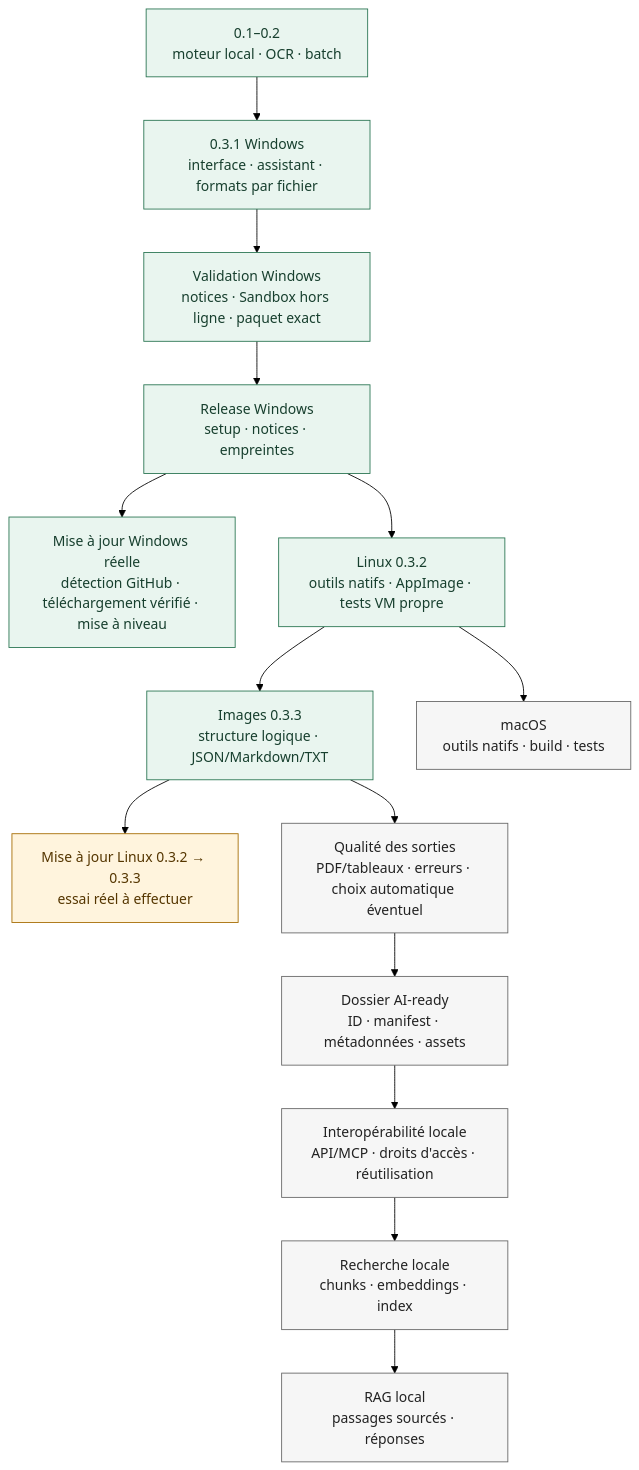
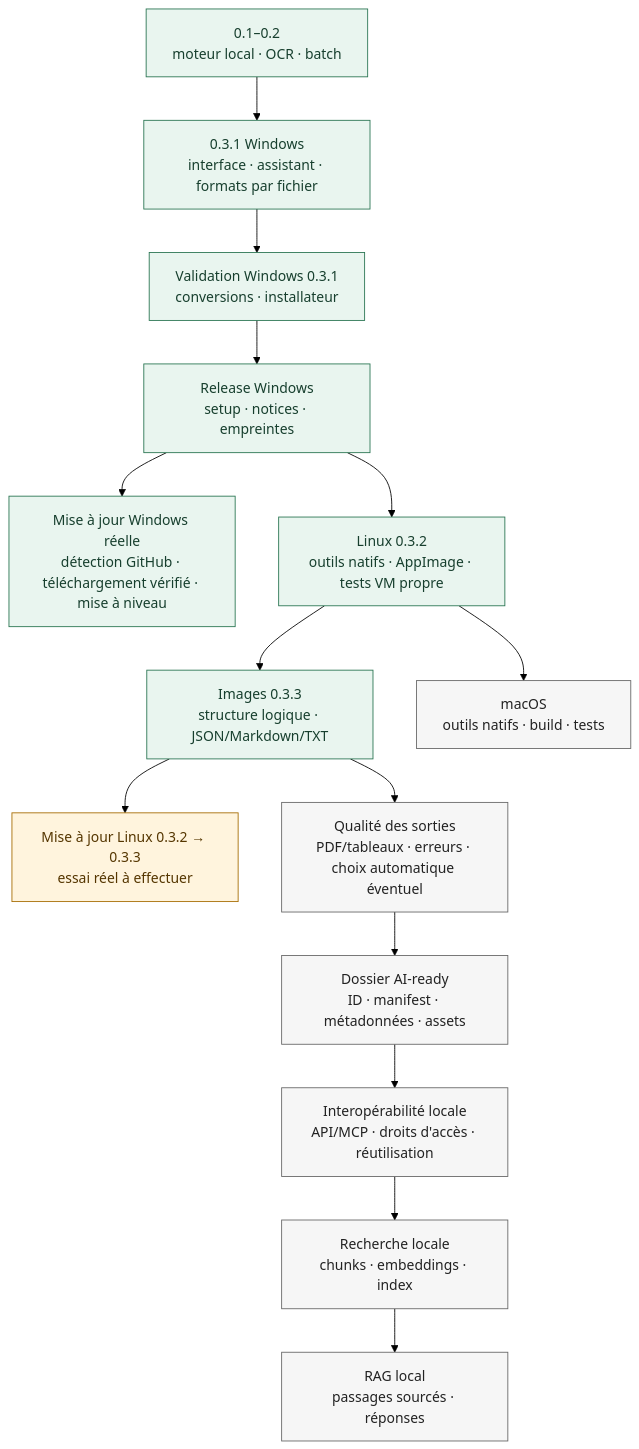
One commit to ergocogn/local-ai-ready-converter-releases changed the diagram in docs/ROADMAP.md. Above: the diagram before and after it, drawn with Mermaid (forest theme). The commit also changed other lines of this file and 8 other files, not shown here.

````diff
--- a/docs/ROADMAP.md
+++ b/docs/ROADMAP.md
@@ -7,22 +7,22 @@
 ```mermaid
 flowchart TB
   A["0.1–0.2<br/>moteur local · OCR · batch"] --> B["0.3.1 Windows<br/>interface · assistant · formats par fichier"]
-  B --> C["Validation Windows<br/>notices · Sandbox hors ligne · paquet exact"]
+  B --> C["Validation Windows 0.3.1<br/>conversions · installateur"]
   C --> D["Release Windows<br/>setup · notices · empreintes"]
   D --> U["Mise à jour Windows réelle<br/>détection GitHub · téléchargement vérifié · mise à niveau"]
 
   D --> L["Linux 0.3.2<br/>outils natifs · AppImage · tests VM propre"] --> S["Images 0.3.3<br/>structure logique · JSON/Markdown/TXT"]
   S --> UL["Mise à jour Linux 0.3.2 → 0.3.3<br/>essai réel à effectuer"]
   L --> M["macOS<br/>outils natifs · build · tests"]
   S --> Q["Qualité des sorties<br/>PDF/tableaux · erreurs · choix automatique éventuel"]
   Q --> F["Dossier AI-ready<br/>ID · manifest · métadonnées · assets"]
   F --> P["Interopérabilité locale<br/>API/MCP · droits d'accès · réutilisation"]
   P --> K["Recherche locale<br/>chunks · embeddings · index"] --> R["RAG local<br/>passages sourcés · réponses"]
 
   classDef fait fill:#e9f5ef,stroke:#287451,color:#173f2e
   classDef enCours fill:#fff4dd,stroke:#a56b00,color:#553600
   classDef futur fill:#f6f6f6,stroke:#666,color:#222
   class A,B,C,D,U,L,S fait
   class UL enCours
   class M,Q,F,P,K,R futur
 ```
````
